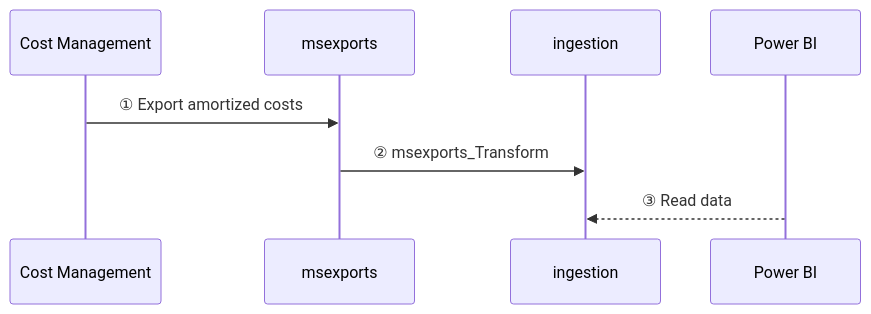
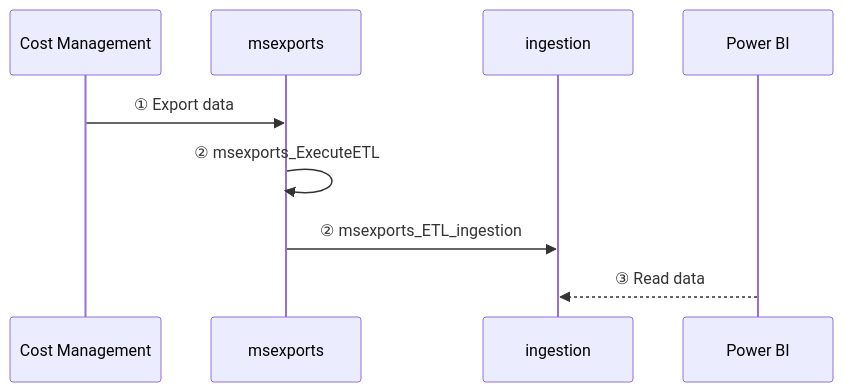
The diagram in docs/finops-hub/data-processing.md (microsoft/finops-toolkit), drawn with Mermaid before and after one commit. The commit also changed other lines of this file and 48 other files, not shown here.

````diff
--- a/docs/finops-hub/data-processing.md
+++ b/docs/finops-hub/data-processing.md
@@ -18,6 +18,7 @@
 ```mermaid
 sequenceDiagram
-    Cost Management->>msexports: ① Export amortized costs
-    msexports->>ingestion: ② msexports_Transform
+    Cost Management->>msexports: ① Export data
+    msexports->>msexports: ② msexports_ExecuteETL
+    msexports->>ingestion: ② msexports_ETL_ingestion
     Power BI-->>ingestion: ③ Read data
 ```
````
